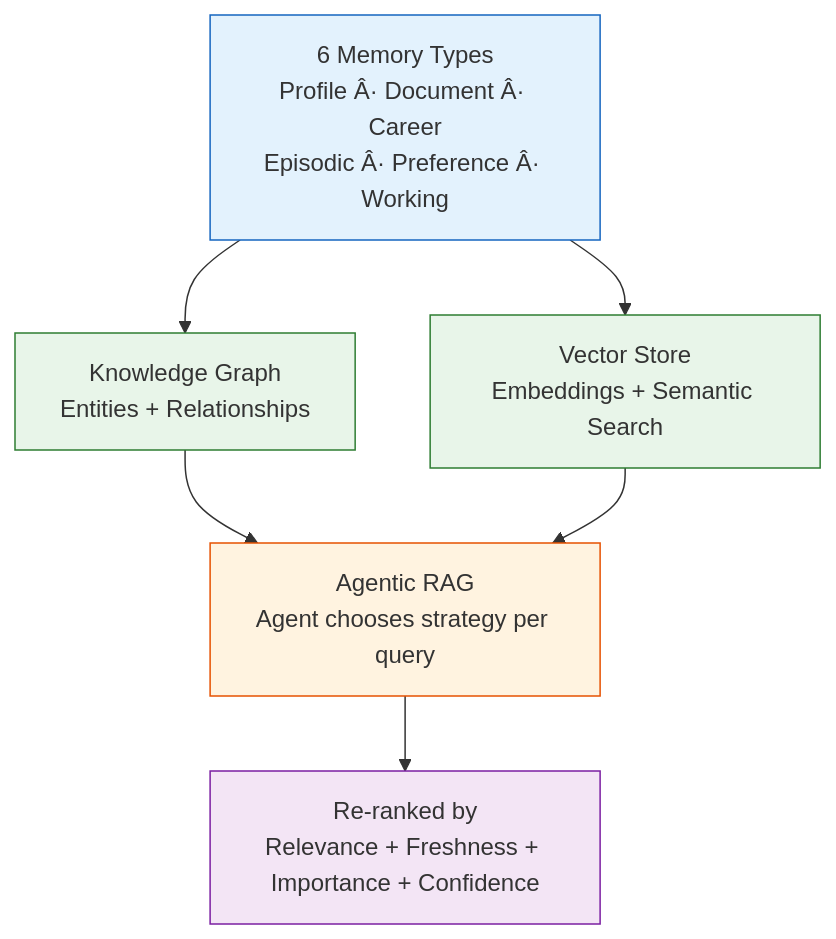
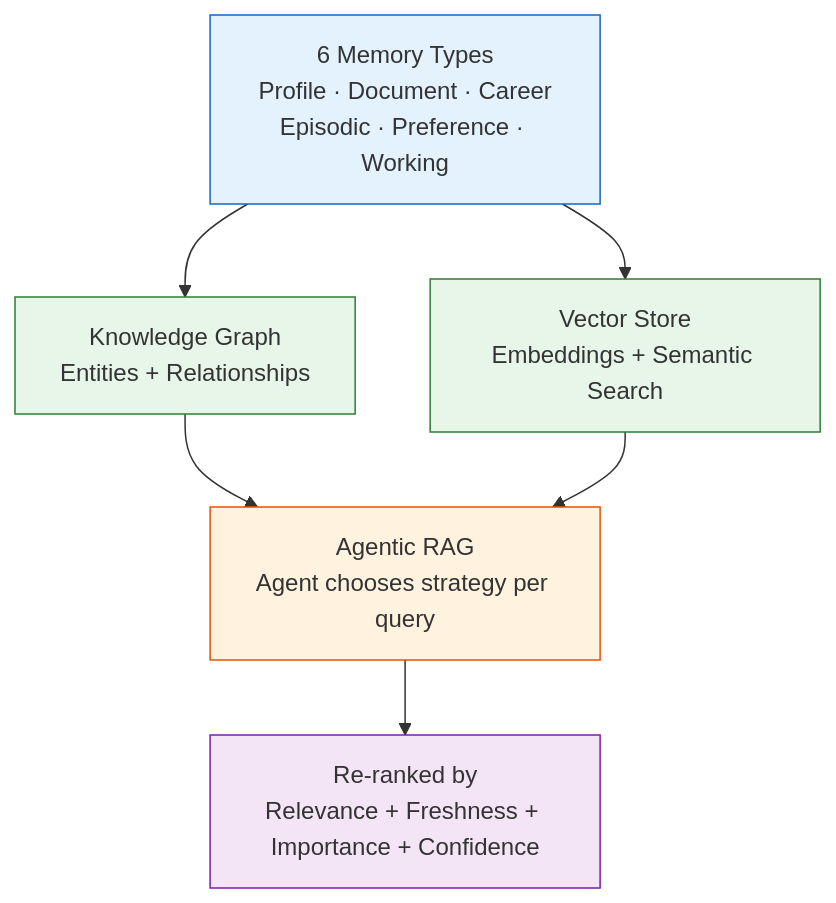
One commit to Driftloom/Vaeloom changed the second of 3 diagrams in Docs/AI/README.md. Above: the diagram before and after it, drawn with Mermaid. The commit also changed other lines of this file and 18 other files, not shown here.

Commit message:
docs(ai): add AI architecture overview and model routing

````diff
--- a/Docs/AI/README.md
+++ b/Docs/AI/README.md
@@ -78,19 +78,19 @@
 ```mermaid
 graph TD
-    MT["6 Memory Types<br/>Profile Â· Document Â· Career<br/>Episodic Â· Preference Â· Working"]
+    MT["6 Memory Types<br/>Profile · Document · Career<br/>Episodic · Preference · Working"]
     MT --> KG["Knowledge Graph<br/>Entities + Relationships"]
     MT --> VS["Vector Store<br/>Embeddings + Semantic Search"]
     KG --> RAG["Agentic RAG<br/>Agent chooses strategy per query"]
     VS --> RAG
     RAG --> RR["Re-ranked by<br/>Relevance + Freshness + Importance + Confidence"]
 
     classDef mem fill:#e3f2fd,stroke:#1565c0
     classDef store fill:#e8f5e9,stroke:#2e7d32
     classDef rag fill:#fff3e0,stroke:#e65100
     classDef rank fill:#f3e5f5,stroke:#7b1fa2
 
     class MT mem
     class KG,VS store
     class RAG rag
     class RR rank
 ```
````
